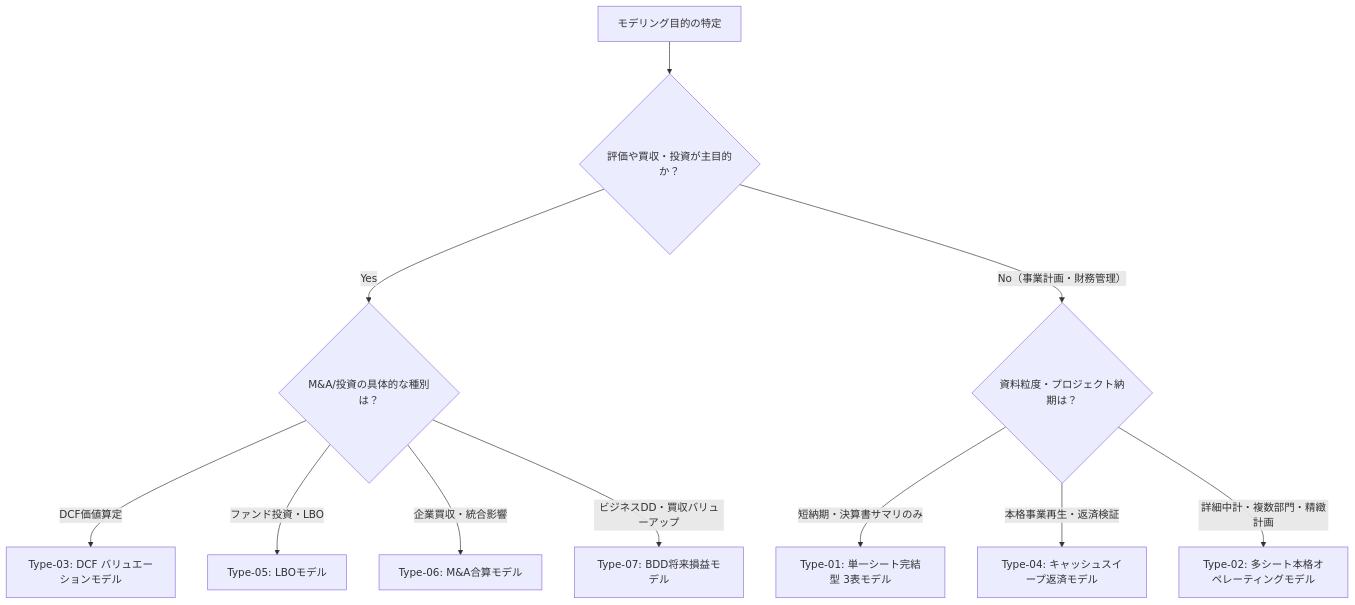
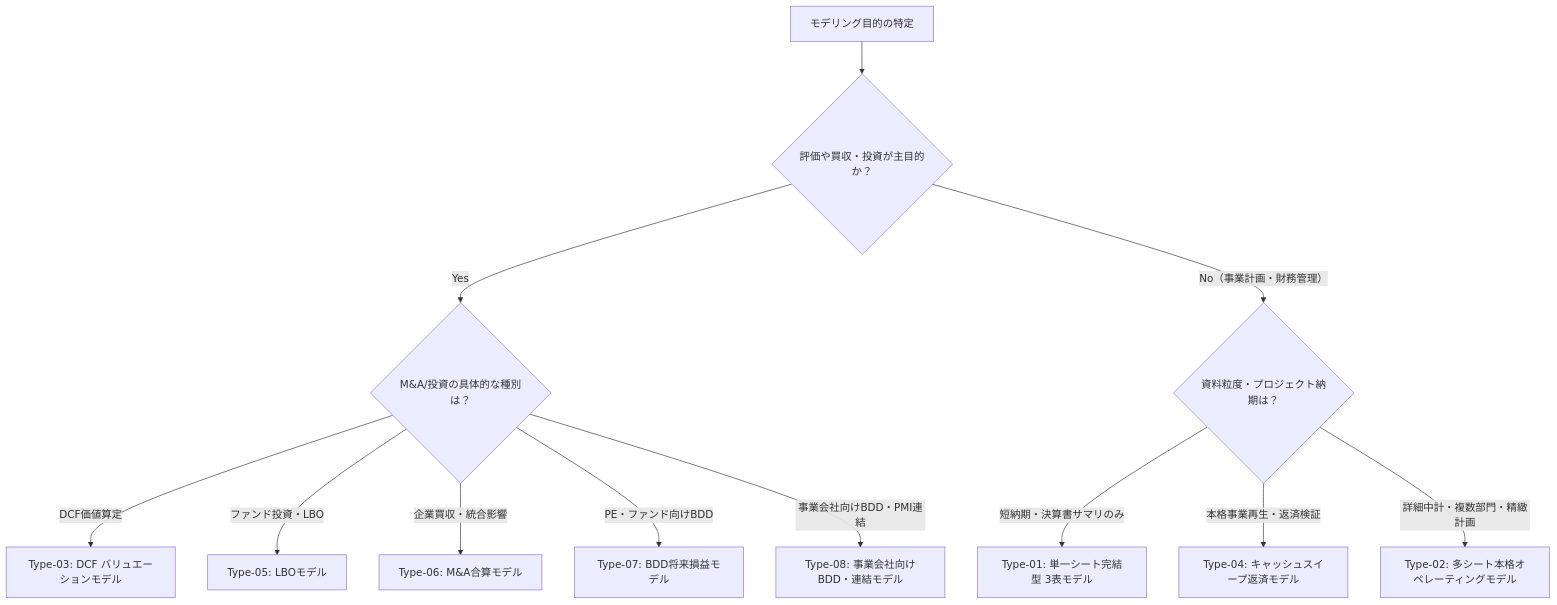
Before and after one commit to miyatsuko10004/financial-modeling-skill: the diagram in references/model-archetypes.md, drawn with Mermaid. The commit also changed other lines of this file and 12 other files, not shown here.

````diff
--- a/references/model-archetypes.md
+++ b/references/model-archetypes.md
@@ -174,15 +195,16 @@
 ```mermaid
 flowchart TD
     Start["モデリング目的の特定"] --> Q1{"評価や買収・投資が主目的か？"}
     
     Q1 -->|"Yes"| Q2{"M&A/投資の具体的な種別は？"}
     Q2 -->|"DCF価値算定"| T3["Type-03: DCF バリュエーションモデル"]
     Q2 -->|"ファンド投資・LBO"| T5["Type-05: LBOモデル"]
     Q2 -->|"企業買収・統合影響"| T6["Type-06: M&A合算モデル"]
-    Q2 -->|"ビジネスDD・買収バリューアップ"| T7["Type-07: BDD将来損益モデル"]
+    Q2 -->|"PE・ファンド向けBDD"| T7["Type-07: BDD将来損益モデル"]
+    Q2 -->|"事業会社向けBDD・PMI連結"| T8["Type-08: 事業会社向けBDD・連結モデル"]
     
     Q1 -->|"No（事業計画・財務管理）"| Q3{"資料粒度・プロジェクト納期は？"}
     Q3 -->|"短納期・決算書サマリのみ"| T1["Type-01: 単一シート完結型 3表モデル"]
     Q3 -->|"本格事業再生・返済検証"| T4["Type-04: キャッシュスイープ返済モデル"]
     Q3 -->|"詳細中計・複数部門・精緻計画"| T2["Type-02: 多シート本格オペレーティングモデル"]
 ```
````
